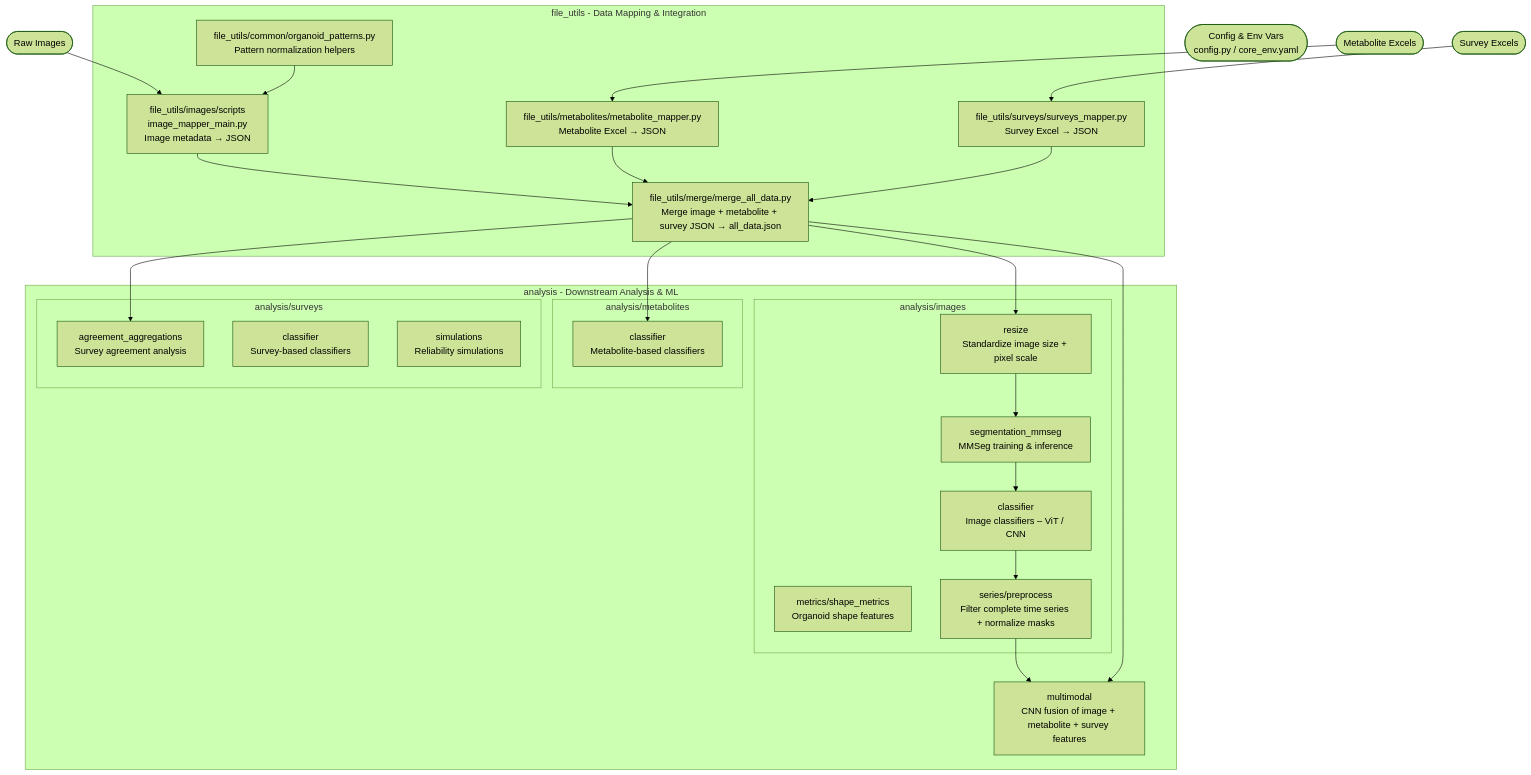
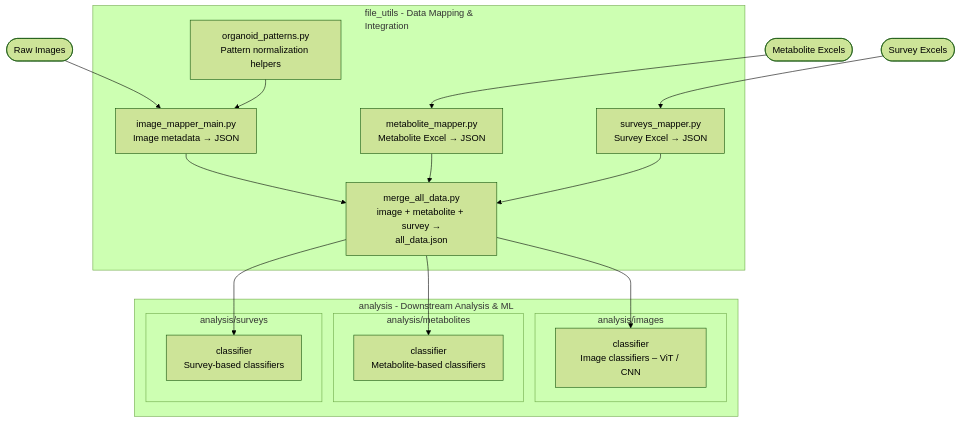
Before and after one commit to dsi-clinic/2025-promega-mini-test: the diagram in README.md, drawn with Mermaid (forest theme). The commit also changed other lines of this file and 18 other files, not shown here.

First line of the commit message:
Update image mapper to use main identifiers (#79)

````diff
--- a/README.md
+++ b/README.md
@@ -25,60 +73,45 @@
 ```mermaid
 flowchart TD
     %% ========= INPUT STAGE ========= %%
     A1([Raw Images])
     A2([Metabolite Excels])
     A3([Survey Excels])
-    A4([Config & Env Vars<br/>config.py / core_env.yaml])
 
     %% ========= FILE_UTILS PROCESSING ========= %%
-    subgraph B[file_utils - Data Mapping & Integration]
-        B1[file_utils/images/scripts<br/>image_mapper_main.py<br/>Image metadata → JSON]
-        B1b[file_utils/common/organoid_patterns.py<br/>Pattern normalization helpers]
-        B2[file_utils/metabolites/metabolite_mapper.py<br/>Metabolite Excel → JSON]
-        B3[file_utils/surveys/surveys_mapper.py<br/>Survey Excel → JSON]
-        B4[file_utils/merge/merge_all_data.py<br/>Merge image + metabolite + survey JSON → all_data.json]
+    subgraph B[file_utils - Data Mapping &<br/>Integration]
+        B1[image_mapper_main.py<br/>Image metadata → JSON]
+        B1b[organoid_patterns.py<br/>Pattern normalization helpers]
+        B2[metabolite_mapper.py<br/>Metabolite Excel → JSON]
+        B3[surveys_mapper.py<br/>Survey Excel → JSON]
+        B4[merge_all_data.py<br/>image + metabolite + survey →<br/>all_data.json]
     end
 
     %% ========= ANALYSIS PIPELINE ========= %%
     subgraph C[analysis - Downstream Analysis & ML]
         subgraph C1[analysis/images]
-            C11[resize<br/>Standardize image size + pixel scale]
-            C12[metrics/shape_metrics<br/>Organoid shape features]
-            C13[segmentation_mmseg<br/>MMSeg training & inference]
-            C14[classifier<br/>Image classifiers – ViT / CNN]
-            C15[series/preprocess<br/>Filter complete time series + normalize masks]
+            C10[classifier<br/>Image classifiers – ViT / CNN]
         end
 
         subgraph C2[analysis/metabolites]
-            C21[classifier<br/>Metabolite-based classifiers]
+            C20[classifier<br/>Metabolite-based classifiers]
         end
 
         subgraph C3[analysis/surveys]
-            C31[agreement_aggregations<br/>Survey agreement analysis]
-            C32[classifier<br/>Survey-based classifiers]
-            C33[simulations<br/>Reliability simulations]
+            C30[classifier<br/>Survey-based classifiers]
         end
-
-        C4[multimodal<br/>CNN fusion of image + metabolite + survey features]
     end
 
     %% ========= DATA FLOW ========= %%
     A1 --> B1
     B1b --> B1
     A2 --> B2
     A3 --> B3
     B1 --> B4
     B2 --> B4
     B3 --> B4
 
     %% From merged data to analyses
-    B4 --> C11
-    C11 --> C13
-    C13 --> C14
-    C14 --> C15
-    C15 --> C4
-
-    B4 --> C21
-    B4 --> C31
-    B4 --> C4
+    B4 --> C10
+    B4 --> C20
+    B4 --> C30
 ```
````
